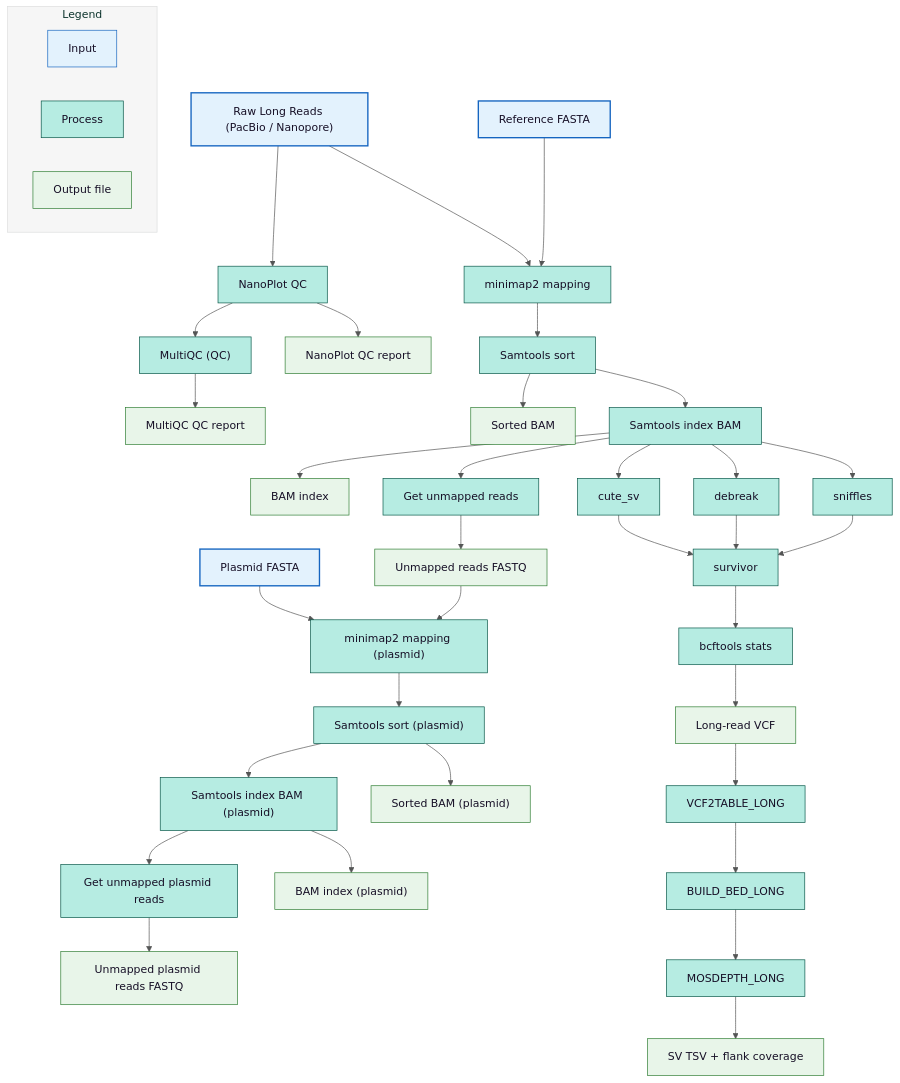
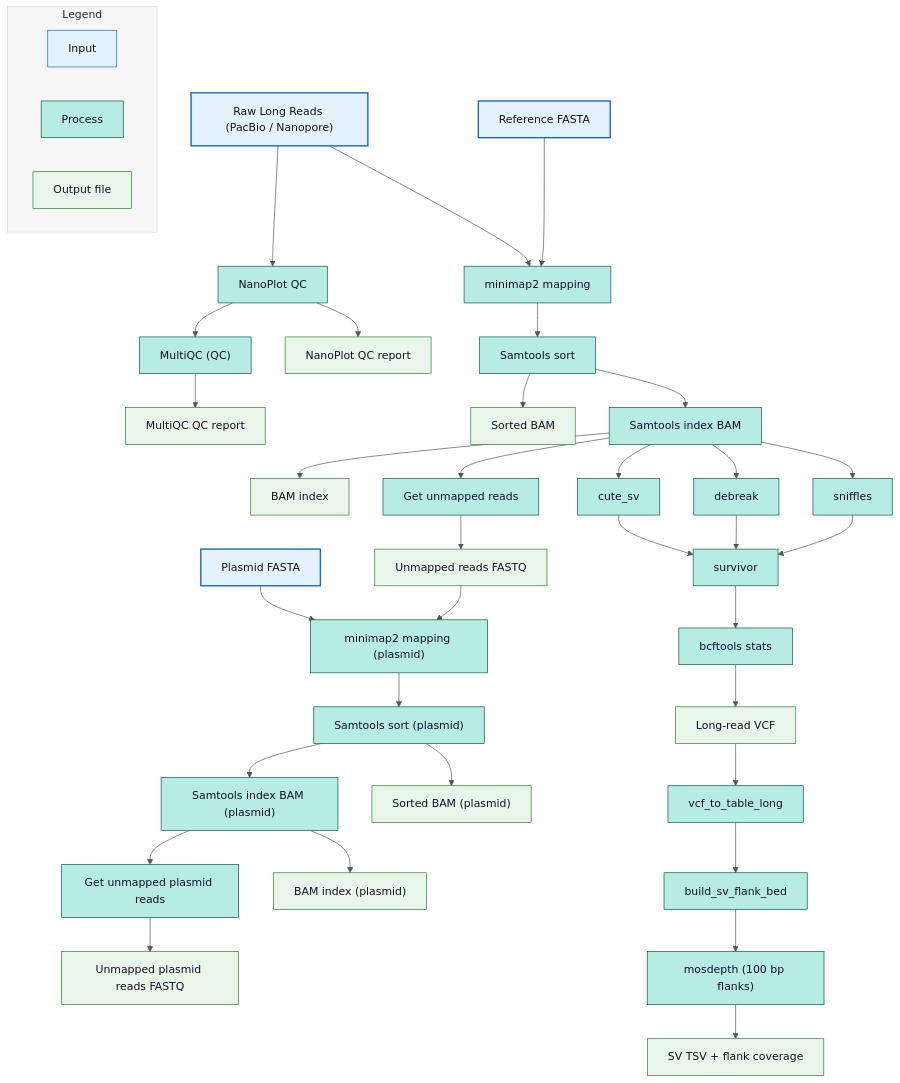
One commit to denisHanch/efsa_pipeline changed the diagram in docs/outputs/long-reads.md. Above: the diagram before and after it, drawn with Mermaid. The commit also changed 9 other files, not shown here.

```diff
--- a/docs/outputs/long-reads.md
+++ b/docs/outputs/long-reads.md
@@ -75,6 +75,9 @@
 SNIFFLES["sniffles"]
 SURVIVOR["survivor"]
 BCFTOOLS_STATS["bcftools stats"]
+VCF2TABLE_LONG["vcf_to_table_long"]
+BUILD_BED_LONG["build_sv_flank_bed"]
+MOSDEPTH_LONG["mosdepth (100 bp flanks)"]
 
 SV_TSV_LONG["SV TSV + flank coverage"]:::output
 LONG_VCF["Long-read VCF"]:::output
```
